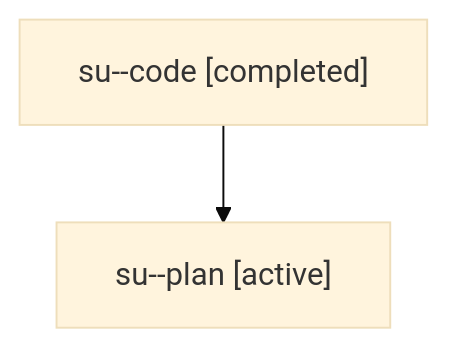
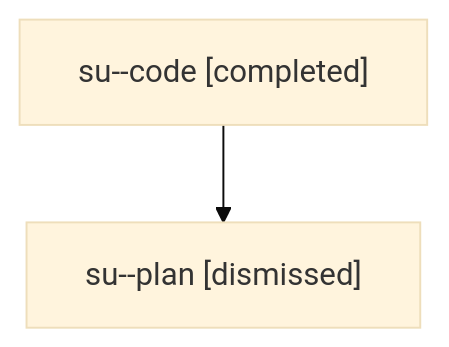
One commit to sase-org/sase--agents changed the diagram in sessions/bbugyi200.athena.su.md. Above: the diagram before and after it, drawn with Mermaid (base theme). The commit also changed other lines of this file and 20 other files, not shown here.

````diff
--- a/sessions/bbugyi200.athena.su.md
+++ b/sessions/bbugyi200.athena.su.md
@@ -9,6 +9,6 @@
 ```mermaid
 flowchart TD
   n0["su--code [completed]"]
-  n1["su--plan [active]"]
+  n1["su--plan [dismissed]"]
   n0 --> n1
 ```
````
